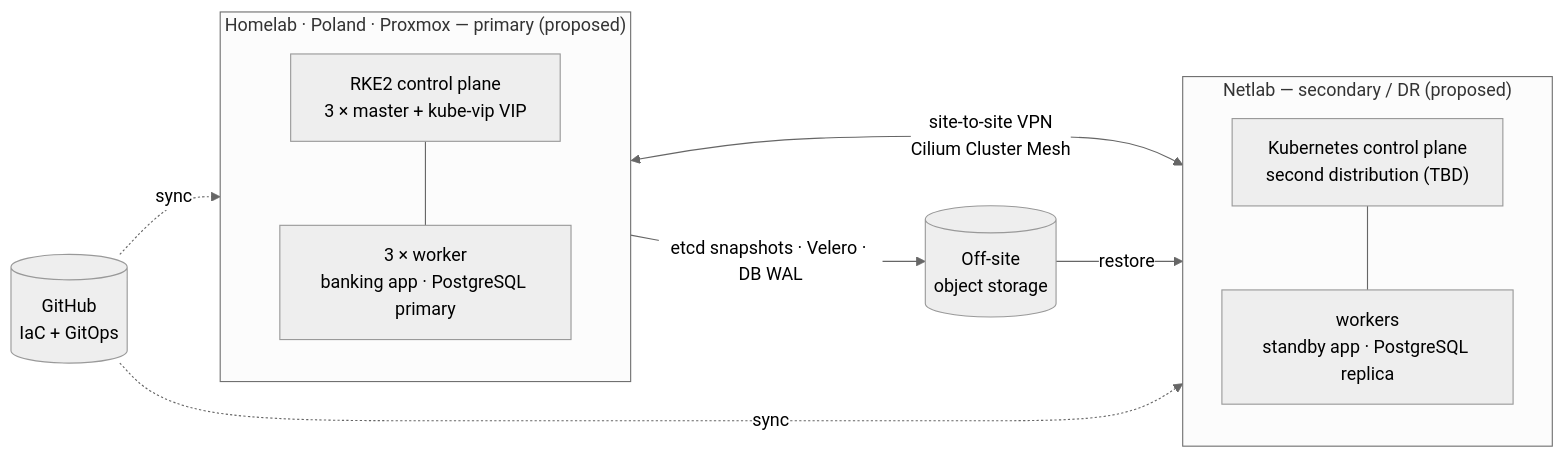
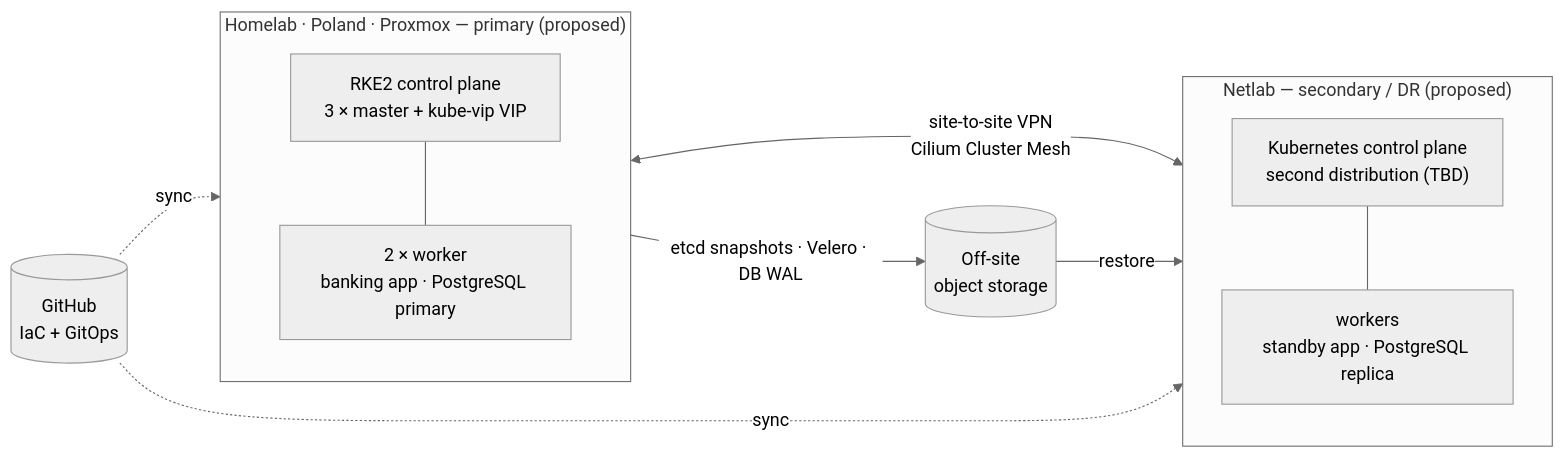
One commit to alissento/s7-personal-project changed the diagram in README.md. Above: the diagram before and after it, drawn with Mermaid (neutral theme). The commit also changed other lines of this file and 21 other files, not shown here.

````diff
--- a/README.md
+++ b/README.md
@@ -20,21 +20,21 @@
 ```mermaid
 flowchart LR
     subgraph HL["Homelab · Poland · Proxmox — primary (proposed)"]
         direction TB
         HLCP["RKE2 control plane<br/>3 × master + kube-vip VIP"]
-        HLW["3 × worker<br/>banking app · PostgreSQL primary"]
+        HLW["2 × worker<br/>banking app · PostgreSQL primary"]
         HLCP --- HLW
     end
     subgraph NL["Netlab — secondary / DR (proposed)"]
         direction TB
         NLCP["Kubernetes control plane<br/>second distribution (TBD)"]
         NLW["workers<br/>standby app · PostgreSQL replica"]
         NLCP --- NLW
     end
     HL <-->|"site-to-site VPN<br/>Cilium Cluster Mesh"| NL
     GIT[("GitHub<br/>IaC + GitOps")] -.->|sync| HL
     GIT -.->|sync| NL
     S3[("Off-site<br/>object storage")]
     HL -->|"etcd snapshots · Velero · DB WAL"| S3
     S3 -->|restore| NL
 ```
````
